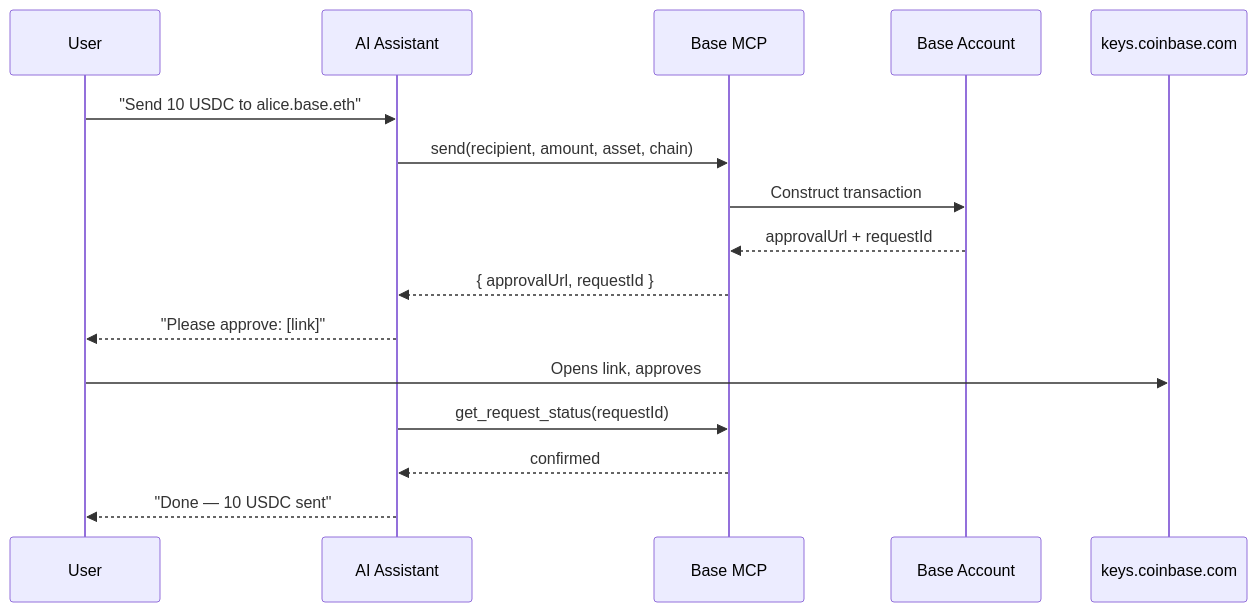
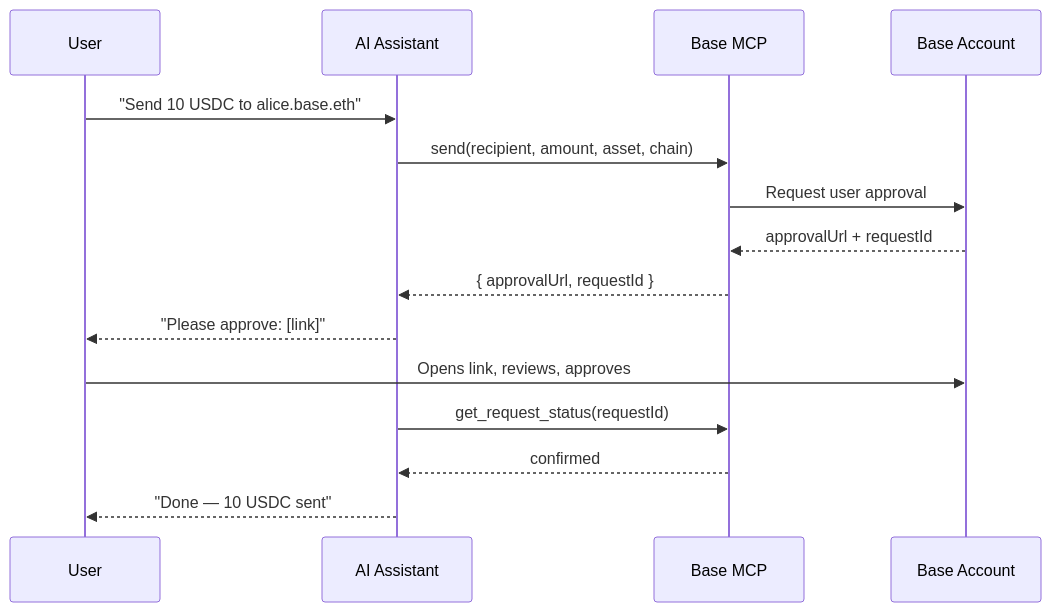
The diagram in docs/ai-agents/index.mdx (base/docs), drawn with Mermaid before and after one commit. The commit also changed other lines of this file and 44 other files, not shown here.

````diff
--- a/docs/ai-agents/index.mdx
+++ b/docs/ai-agents/index.mdx
@@ -17,19 +17,18 @@
 ```mermaid
 sequenceDiagram
     participant User
     participant AI as AI Assistant
     participant MCP as Base MCP
-    participant BA as Base Account
-    participant Approve as keys.coinbase.com
+    participant Account as Base Account
 
     User->>AI: "Send 10 USDC to alice.base.eth"
     AI->>MCP: send(recipient, amount, asset, chain)
-    MCP->>BA: Construct transaction
-    BA-->>MCP: approvalUrl + requestId
+    MCP->>Account: Request user approval
+    Account-->>MCP: approvalUrl + requestId
     MCP-->>AI: { approvalUrl, requestId }
     AI-->>User: "Please approve: [link]"
-    User->>Approve: Opens link, approves
+    User->>Account: Opens link, reviews, approves
     AI->>MCP: get_request_status(requestId)
     MCP-->>AI: confirmed
     AI-->>User: "Done — 10 USDC sent"
 ```
````
